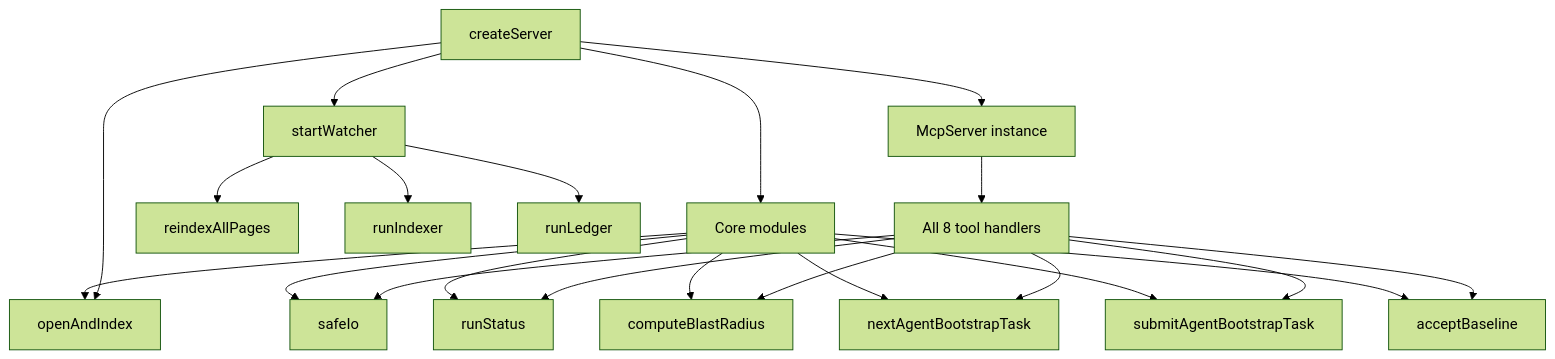
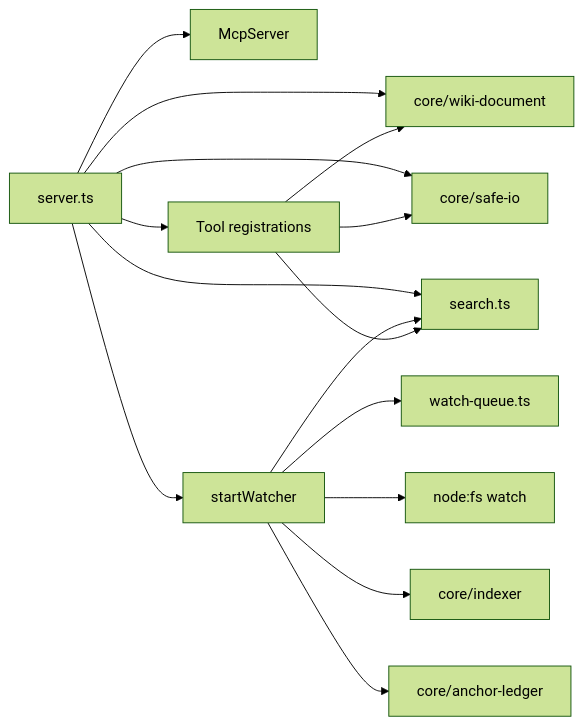
Before and after one commit to eduardoabreu81/livewiki: the diagram in livewiki/diagrams/mcp-src-server.mmd, drawn with Mermaid (forest theme). The commit also changed 79 other files, not shown here.

```diff
--- a/livewiki/diagrams/mcp-src-server.mmd
+++ b/livewiki/diagrams/mcp-src-server.mmd
@@ -1,22 +1,15 @@
-graph TD
-    A[createServer] --> B[openAndIndex]
-    A --> C[McpServer instance]
-    A --> D[startWatcher]
-    A --> E[Core modules]
-    D --> F[reindexAllPages]
-    D --> G[runIndexer]
-    D --> H[runLedger]
-    C --> I[All 8 tool handlers]
-    I --> J[safeIo]
-    I --> K[runStatus]
-    I --> L[computeBlastRadius]
-    I --> M[nextAgentBootstrapTask]
-    I --> N[submitAgentBootstrapTask]
-    I --> O[acceptBaseline]
-    E --> B
-    E --> J
-    E --> K
-    E --> L
-    E --> M
-    E --> N
-    E --> O
+flowchart LR
+    Server[server.ts] --> McpSDK[McpServer]
+    Server --> Tools[Tool registrations]
+    Server --> Search[search.ts]
+    Server --> Watch[startWatcher]
+    Watch --> Queue[watch-queue.ts]
+    Watch --> FS[node:fs watch]
+    Watch --> CoreIndex[core/indexer]
+    Watch --> CoreLedger[core/anchor-ledger]
+    Watch --> Search
+    Server --> CoreIO[core/safe-io]
+    Server --> WikiDoc[core/wiki-document]
+    Tools --> WikiDoc
+    Tools --> CoreIO
+    Tools --> Search
```
